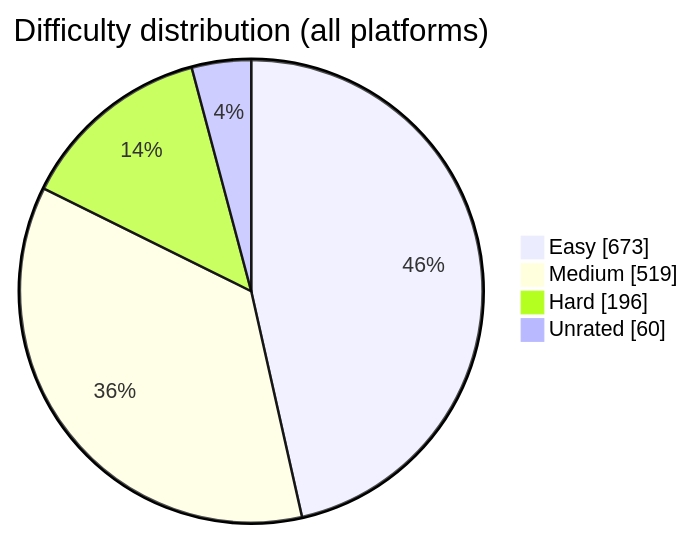
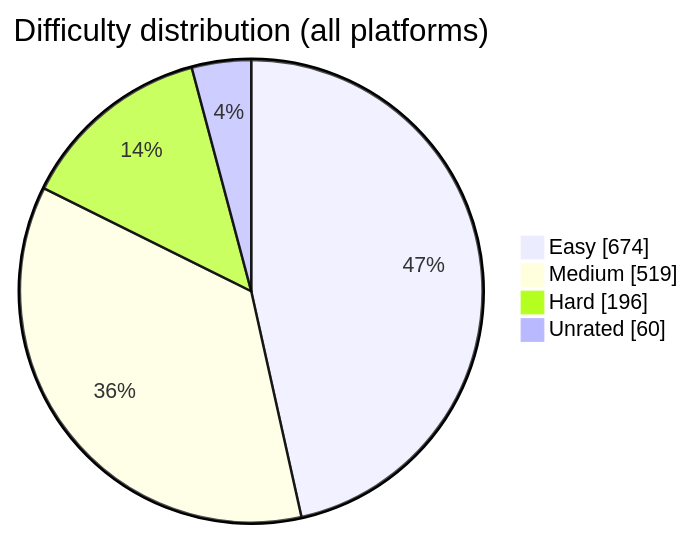
The diagram in README.md (BuildbyArindam/Daily-Coding-Log), drawn with Mermaid before and after one commit. The commit also changed other lines of this file, not shown here.

````diff
--- a/README.md
+++ b/README.md
@@ -93,7 +93,7 @@
 ```mermaid
 pie showData title Difficulty distribution (all platforms)
-    "Easy" : 673
+    "Easy" : 674
     "Medium" : 519
     "Hard" : 196
     "Unrated" : 60
 ```
````
